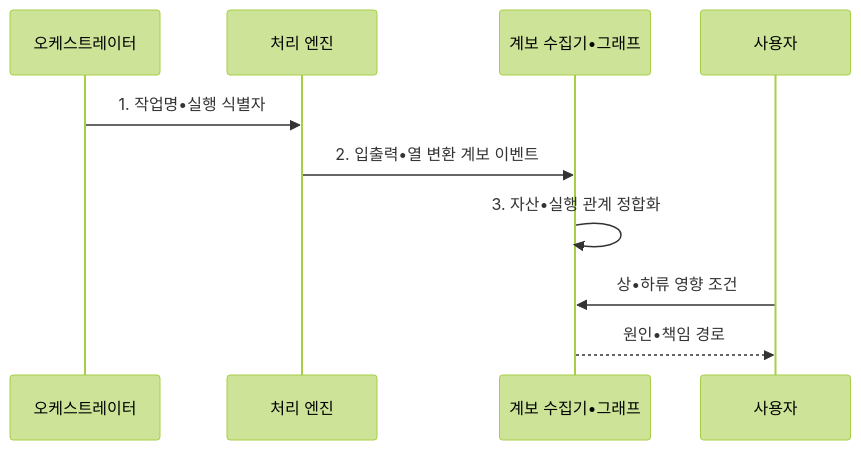
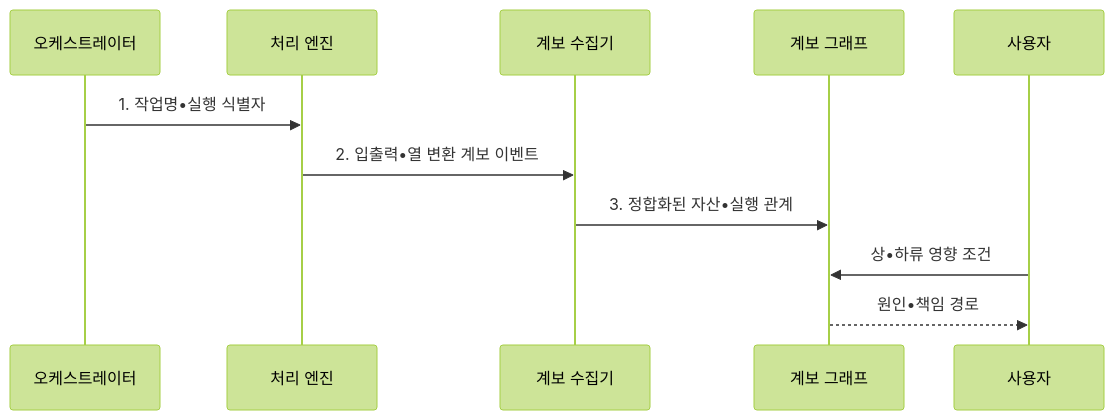
Before and after one commit to agnusdei1207/knowledge-base: the second of 2 diagrams in src/content/docs/notes/03-software/134_data_lineage.md, drawn with Mermaid (forest theme). The commit also changed other lines of this file and 5 other files, not shown here.

````diff
--- a/src/content/docs/notes/03-software/134_data_lineage.md
+++ b/src/content/docs/notes/03-software/134_data_lineage.md
@@ -113,12 +113,13 @@
 ```mermaid
 sequenceDiagram
     participant O as 오케스트레이터
     participant E as 처리 엔진
-    participant G as 계보 수집기•그래프
+    participant C as 계보 수집기
+    participant G as 계보 그래프
     participant U as 사용자
     O->>E: 1. 작업명•실행 식별자
-    E->>G: 2. 입출력•열 변환 계보 이벤트
-    G->>G: 3. 자산•실행 관계 정합화
+    E->>C: 2. 입출력•열 변환 계보 이벤트
+    C->>G: 3. 정합화된 자산•실행 관계
     U->>G: 상•하류 영향 조건
     G-->>U: 원인•책임 경로
 ```
````
